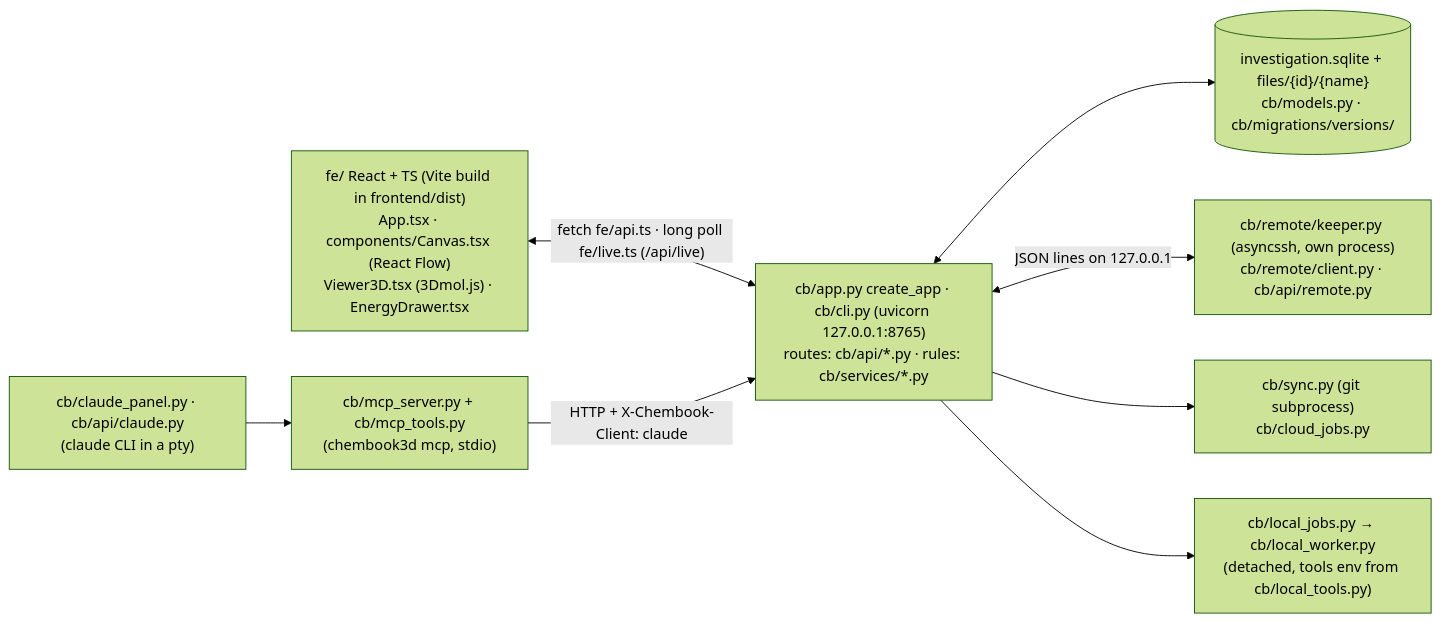
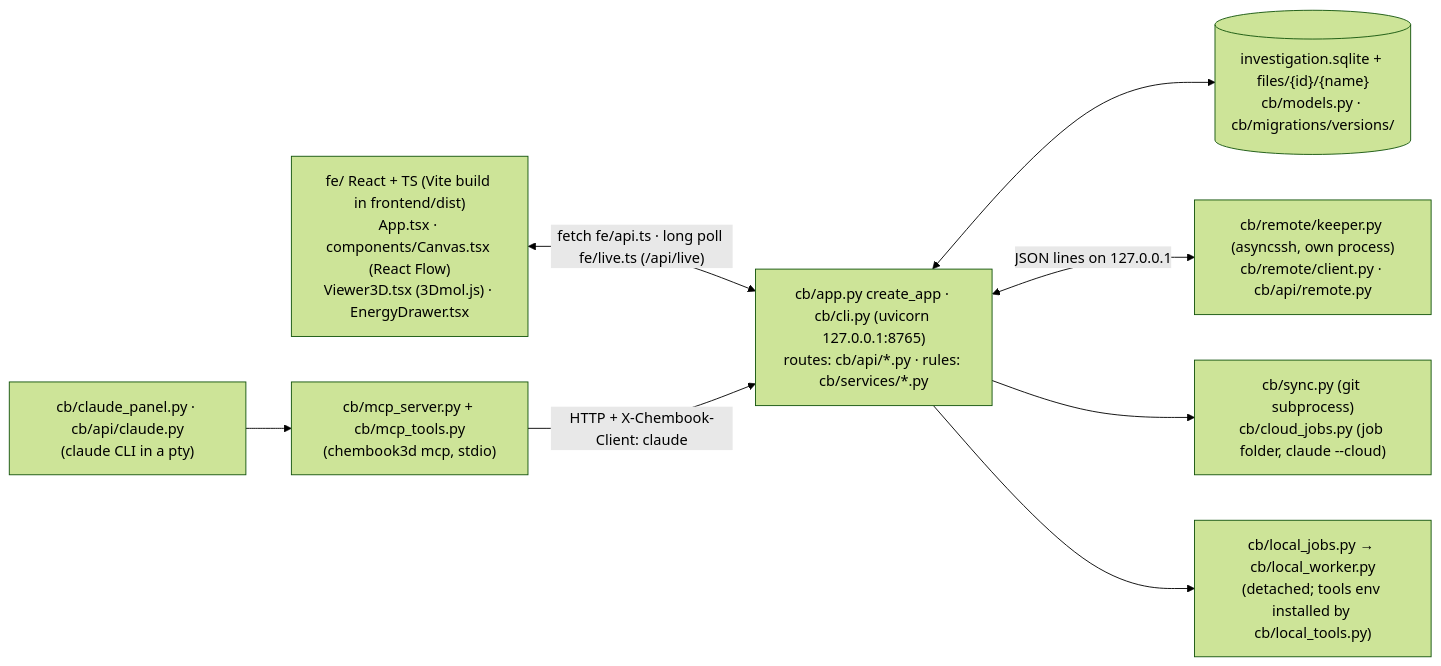
Before and after one commit to jonas-ekeli/Chembook3D: the diagram in docs/architecture.md, drawn with Mermaid (forest theme). The commit also changed other lines of this file and 6 other files, not shown here.

````diff
--- a/docs/architecture.md
+++ b/docs/architecture.md
@@ -10,17 +10,17 @@
 ```mermaid
 flowchart LR
     UI["fe/ React + TS (Vite build in frontend/dist)<br/>App.tsx · components/Canvas.tsx (React Flow)<br/>Viewer3D.tsx (3Dmol.js) · EnergyDrawer.tsx"]
     API["cb/app.py create_app · cb/cli.py (uvicorn 127.0.0.1:8765)<br/>routes: cb/api/*.py · rules: cb/services/*.py"]
     DB[("investigation.sqlite + files/{id}/{name}<br/>cb/models.py · cb/migrations/versions/")]
     MCP["cb/mcp_server.py + cb/mcp_tools.py<br/>(chembook3d mcp, stdio)"]
     CP["cb/claude_panel.py · cb/api/claude.py<br/>(claude CLI in a pty)"]
     KEEP["cb/remote/keeper.py (asyncssh, own process)<br/>cb/remote/client.py · cb/api/remote.py"]
-    GIT["cb/sync.py (git subprocess)<br/>cb/cloud_jobs.py"]
-    LOC["cb/local_jobs.py → cb/local_worker.py<br/>(detached, tools env from cb/local_tools.py)"]
+    GIT["cb/sync.py (git subprocess)<br/>cb/cloud_jobs.py (job folder, claude --cloud)"]
+    LOC["cb/local_jobs.py → cb/local_worker.py<br/>(detached; tools env installed by cb/local_tools.py)"]
     UI <-->|"fetch fe/api.ts · long poll fe/live.ts (/api/live)"| API
     API <--> DB
     CP --> MCP -->|"HTTP + X-Chembook-Client: claude"| API
     API <-->|"JSON lines on 127.0.0.1"| KEEP
     API --> GIT
     API --> LOC
 ```
````
